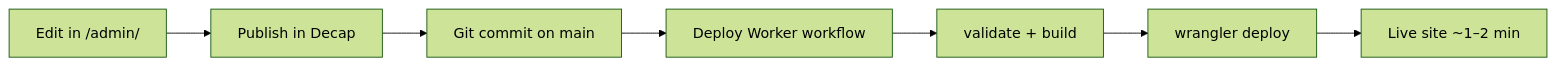
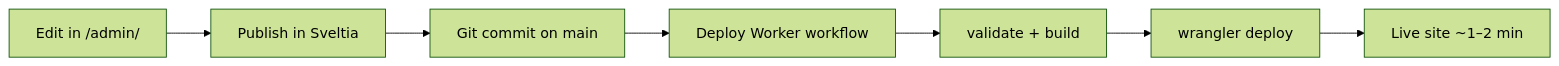
Before and after one commit to CHAOTIC-RAY/chaos-studio: the diagram in content/CMS-TROUBLESHOOTING.md, drawn with Mermaid (forest theme). The commit also changed other lines of this file and 23 other files, not shown here.

````diff
--- a/content/CMS-TROUBLESHOOTING.md
+++ b/content/CMS-TROUBLESHOOTING.md
@@ -31,9 +31,9 @@
 ```mermaid
 flowchart LR
-  A[Edit in /admin/] --> B[Publish in Decap]
+  A[Edit in /admin/] --> B[Publish in Sveltia]
   B --> C[Git commit on main]
   C --> D[Deploy Worker workflow]
   D --> E[validate + build]
   E --> F[wrangler deploy]
   F --> G[Live site ~1–2 min]
 ```
````
